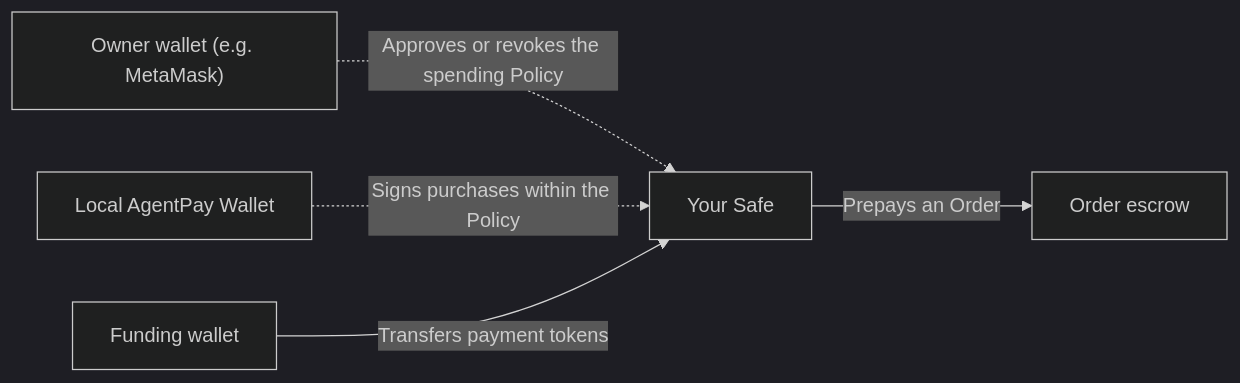
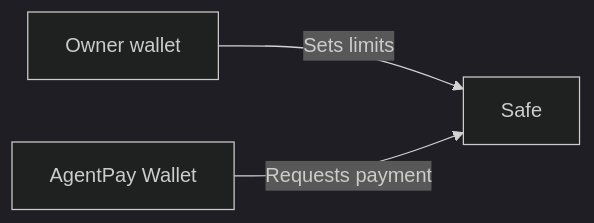
Before and after one commit to c4rO-0/agentpay-user: the diagram in README.md, drawn with Mermaid (dark theme). The commit also changed other lines of this file, not shown here.

Commit message:
Simplify the Safe funding guide in the README

````diff
--- a/README.md
+++ b/README.md
@@ -15,7 +51,5 @@
 ```mermaid
 flowchart LR
-    Owner["Owner wallet (e.g. MetaMask)"] -.->|Approves or revokes the spending Policy| Safe["Your Safe"]
-    Wallet["Local AgentPay Wallet"] -.->|Signs purchases within the Policy| Safe
-    Funds["Funding wallet"] -->|Transfers payment tokens| Safe
-    Safe -->|Prepays an Order| Escrow["Order escrow"]
+    Owner["Owner wallet"] -->|Sets limits| Safe["Safe"]
+    Agent["AgentPay Wallet"] -->|Requests payment| Safe
 ```
````
